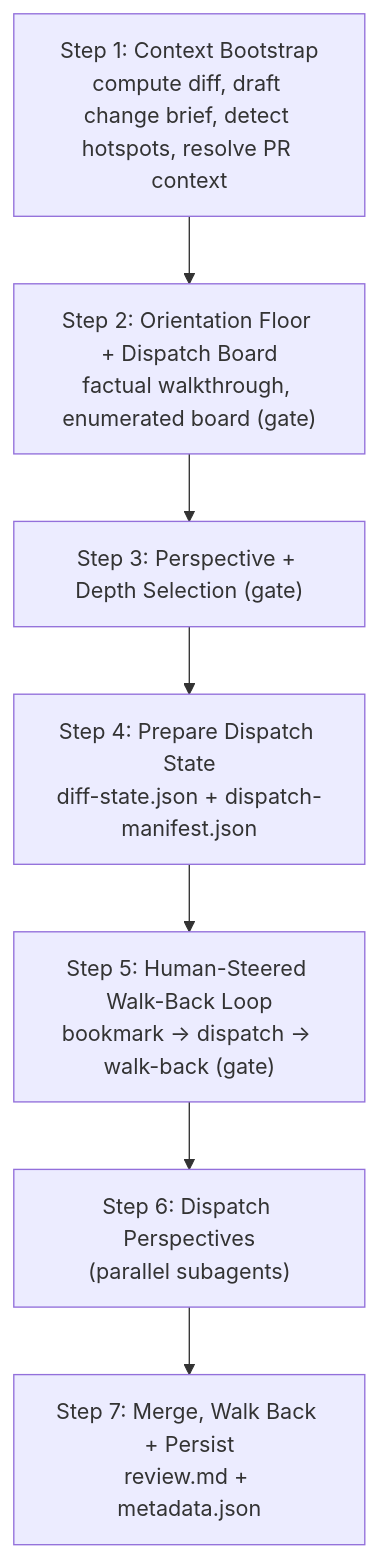
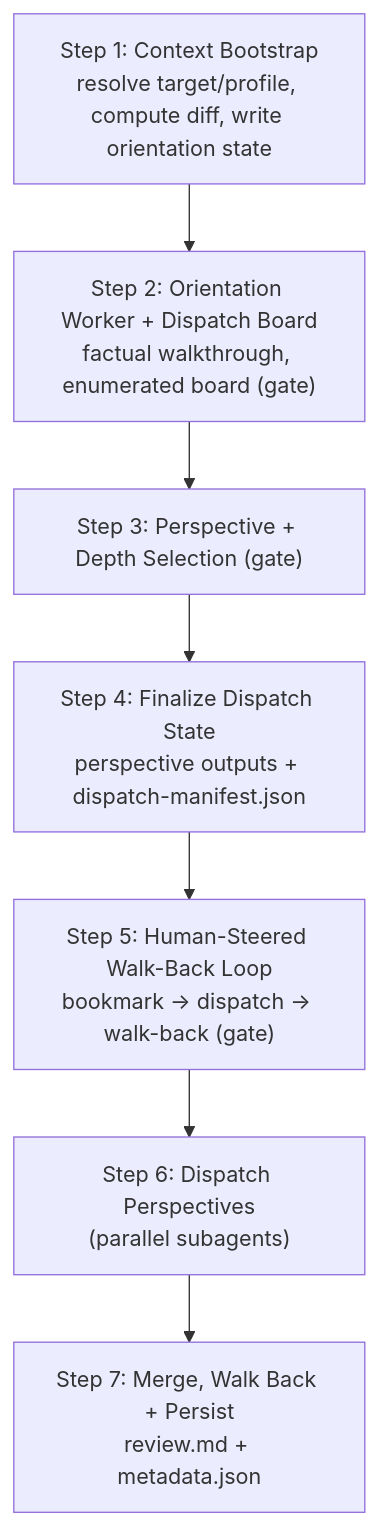
One commit to microsoft/hve-core changed the second of 2 diagrams in docs/agents/code-review/README.md. Above: the diagram before and after it, drawn with Mermaid. The commit also changed other lines of this file and 26 other files, not shown here.

````diff
--- a/docs/agents/code-review/README.md
+++ b/docs/agents/code-review/README.md
@@ -137,12 +155,12 @@
 ```mermaid
 flowchart TD
-  S1["Step 1: Context Bootstrap<br/>compute diff, draft change brief, detect hotspots, resolve PR context"]
-  S2["Step 2: Orientation Floor + Dispatch Board<br/>factual walkthrough, enumerated board (gate)"]
+  S1["Step 1: Context Bootstrap<br/>resolve target/profile, compute diff, write orientation state"]
+  S2["Step 2: Orientation Worker + Dispatch Board<br/>factual walkthrough, enumerated board (gate)"]
   S3["Step 3: Perspective + Depth Selection (gate)"]
-  S4["Step 4: Prepare Dispatch State<br/>diff-state.json + dispatch-manifest.json"]
+  S4["Step 4: Finalize Dispatch State<br/>perspective outputs + dispatch-manifest.json"]
   S5["Step 5: Human-Steered Walk-Back Loop<br/>bookmark -> dispatch -> walk-back (gate)"]
   S6["Step 6: Dispatch Perspectives<br/>(parallel subagents)"]
   S7["Step 7: Merge, Walk Back + Persist<br/>review.md + metadata.json"]
 
   S1 --> S2 --> S3 --> S4 --> S5 --> S6 --> S7
 ```
````
